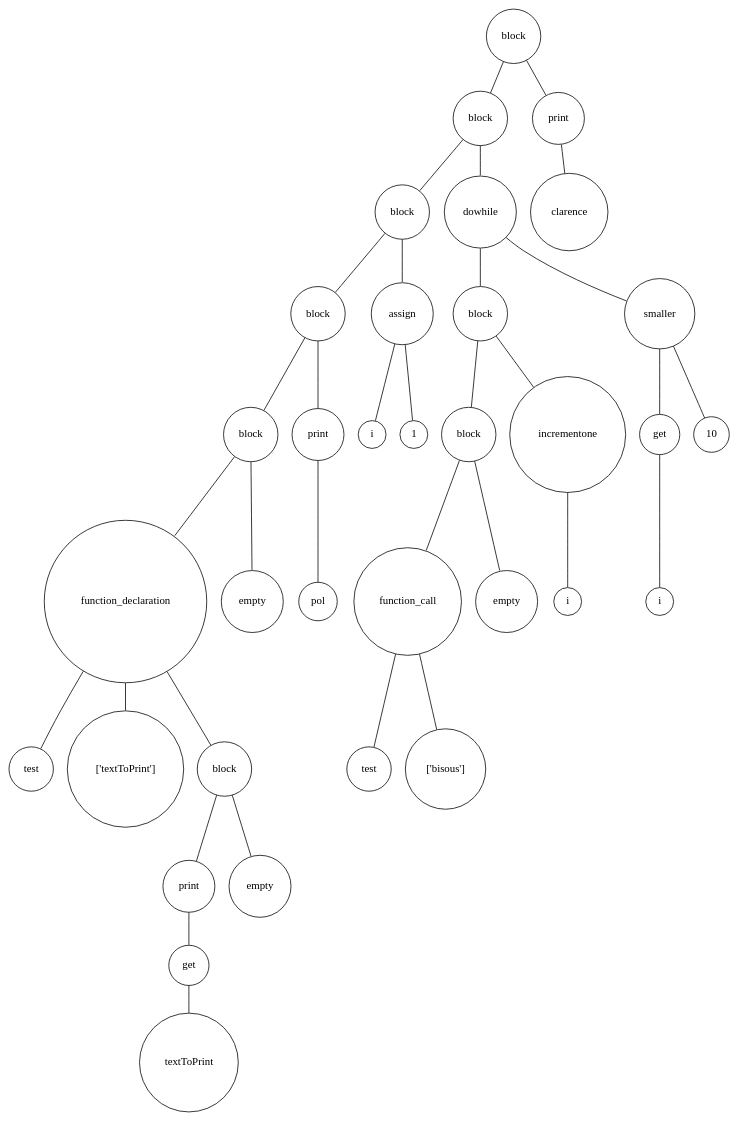
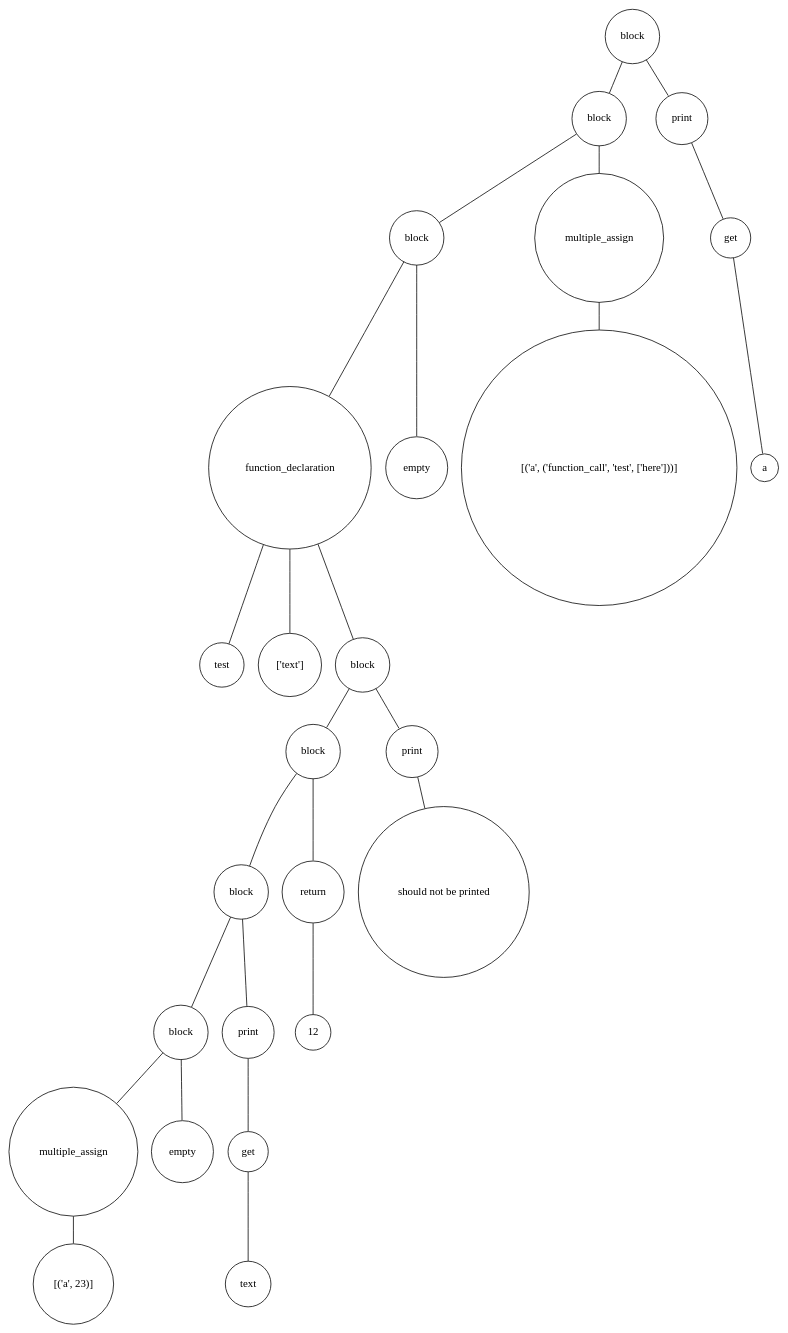
Before and after one commit to Trevodorax/ply-custom-language: the diagram in Digraph.gv, drawn with Graphviz. The commit also changed 4 other files, not shown here.

```diff
--- a/Digraph.gv
+++ b/Digraph.gv
@@ -1,70 +1,54 @@
 digraph {
 	node [shape=circle]
-	"efdc6b03-6773-40f7-8743-cb6b1fd0ed04" [label=block]
-	"104f05bc-5747-49a8-b15d-5a48b1872026" [label=block]
-	"cc54b1b7-89e6-43a9-8b56-fb2d3bcde842" [label=block]
-	"40e0f062-c305-4e56-9824-d7a1e4cb4142" [label=block]
-	"50aa76c3-4aa4-4c57-8ff4-e68279a300b1" [label=block]
-	"26af12c7-baa0-4f12-a39f-c832113c5920" [label=function_declaration]
-	"087098b9-8dd0-46c0-a39a-0bc7a0bd3f06" [label=test]
-	"26af12c7-baa0-4f12-a39f-c832113c5920" -> "087098b9-8dd0-46c0-a39a-0bc7a0bd3f06" [arrowsize=0]
-	"8bbc03c6-cf32-484b-8ee9-915312cbe374" [label="['textToPrint']"]
-	"26af12c7-baa0-4f12-a39f-c832113c5920" -> "8bbc03c6-cf32-484b-8ee9-915312cbe374" [arrowsize=0]
-	"a3e8a50a-6b57-4388-94cc-0fd66f670e4a" [label=block]
-	"b785dffe-d394-45d9-b035-483c75659690" [label=print]
-	"aed89a74-b3b5-4101-8399-a48fadb4a897" [label=get]
-	"8b1c6f87-c2bc-4447-828b-99c6cd11fc63" [label=textToPrint]
-	"aed89a74-b3b5-4101-8399-a48fadb4a897" -> "8b1c6f87-c2bc-4447-828b-99c6cd11fc63" [arrowsize=0]
-	"b785dffe-d394-45d9-b035-483c75659690" -> "aed89a74-b3b5-4101-8399-a48fadb4a897" [arrowsize=0]
-	"a3e8a50a-6b57-4388-94cc-0fd66f670e4a" -> "b785dffe-d394-45d9-b035-483c75659690" [arrowsize=0]
-	"9ca67804-3fe9-4dfa-ad62-4491644eeb63" [label=empty]
-	"a3e8a50a-6b57-4388-94cc-0fd66f670e4a" -> "9ca67804-3fe9-4dfa-ad62-4491644eeb63" [arrowsize=0]
-	"26af12c7-baa0-4f12-a39f-c832113c5920" -> "a3e8a50a-6b57-4388-94cc-0fd66f670e4a" [arrowsize=0]
-	"50aa76c3-4aa4-4c57-8ff4-e68279a300b1" -> "26af12c7-baa0-4f12-a39f-c832113c5920" [arrowsize=0]
-	"4cd3ce4c-76f7-4761-8ee7-216cc6a3fdad" [label=empty]
-	"50aa76c3-4aa4-4c57-8ff4-e68279a300b1" -> "4cd3ce4c-76f7-4761-8ee7-216cc6a3fdad" [arrowsize=0]
-	"40e0f062-c305-4e56-9824-d7a1e4cb4142" -> "50aa76c3-4aa4-4c57-8ff4-e68279a300b1" [arrowsize=0]
-	"6865c71a-094d-4e27-9cbd-f2e641803f6d" [label=print]
-	"afbe6783-1f4c-4499-98c1-46f6e2a09847" [label=pol]
-	"6865c71a-094d-4e27-9cbd-f2e641803f6d" -> "afbe6783-1f4c-4499-98c1-46f6e2a09847" [arrowsize=0]
-	"40e0f062-c305-4e56-9824-d7a1e4cb4142" -> "6865c71a-094d-4e27-9cbd-f2e641803f6d" [arrowsize=0]
-	"cc54b1b7-89e6-43a9-8b56-fb2d3bcde842" -> "40e0f062-c305-4e56-9824-d7a1e4cb4142" [arrowsize=0]
-	"414cb1cc-3475-4f5f-a01d-a11c40c2e672" [label=assign]
-	"65f6e613-f124-4991-9a17-7e0cbc59e4e8" [label=i]
-	"414cb1cc-3475-4f5f-a01d-a11c40c2e672" -> "65f6e613-f124-4991-9a17-7e0cbc59e4e8" [arrowsize=0]
-	"1b7b1980-9088-41b1-b070-3419c546c944" [label=1]
-	"414cb1cc-3475-4f5f-a01d-a11c40c2e672" -> "1b7b1980-9088-41b1-b070-3419c546c944" [arrowsize=0]
-	"cc54b1b7-89e6-43a9-8b56-fb2d3bcde842" -> "414cb1cc-3475-4f5f-a01d-a11c40c2e672" [arrowsize=0]
-	"104f05bc-5747-49a8-b15d-5a48b1872026" -> "cc54b1b7-89e6-43a9-8b56-fb2d3bcde842" [arrowsize=0]
-	"18a7ac18-003f-404f-93d0-900d28c30757" [label=dowhile]
-	"5d32583a-d955-4435-8b32-ab283e2b51ec" [label=block]
-	"4227a820-d828-48f0-a34a-f96b35e103fc" [label=block]
-	"3629cfcf-1d05-4cd7-b9a5-1131c4c6aab3" [label=function_call]
-	"3d048e1a-4ee1-419c-af2c-1449d761c0b9" [label=test]
-	"3629cfcf-1d05-4cd7-b9a5-1131c4c6aab3" -> "3d048e1a-4ee1-419c-af2c-1449d761c0b9" [arrowsize=0]
-	"72424da1-b951-4b6e-85d7-3c0b10a8c132" [label="['bisous']"]
-	"3629cfcf-1d05-4cd7-b9a5-1131c4c6aab3" -> "72424da1-b951-4b6e-85d7-3c0b10a8c132" [arrowsize=0]
-	"4227a820-d828-48f0-a34a-f96b35e103fc" -> "3629cfcf-1d05-4cd7-b9a5-1131c4c6aab3" [arrowsize=0]
-	"d2c97133-d64a-4365-95c9-7fcf0d94e886" [label=empty]
-	"4227a820-d828-48f0-a34a-f96b35e103fc" -> "d2c97133-d64a-4365-95c9-7fcf0d94e886" [arrowsize=0]
-	"5d32583a-d955-4435-8b32-ab283e2b51ec" -> "4227a820-d828-48f0-a34a-f96b35e103fc" [arrowsize=0]
-	"3eb2ecbc-4f99-473a-85e6-e67edafa7646" [label=incrementone]
-	"4a50329c-f917-49c2-b6dc-92551faf2d3b" [label=i]
-	"3eb2ecbc-4f99-473a-85e6-e67edafa7646" -> "4a50329c-f917-49c2-b6dc-92551faf2d3b" [arrowsize=0]
-	"5d32583a-d955-4435-8b32-ab283e2b51ec" -> "3eb2ecbc-4f99-473a-85e6-e67edafa7646" [arrowsize=0]
-	"18a7ac18-003f-404f-93d0-900d28c30757" -> "5d32583a-d955-4435-8b32-ab283e2b51ec" [arrowsize=0]
-	"6bc18b27-66a7-4d9f-a185-91d5efb64559" [label=smaller]
-	"0fe89dd8-9549-4c5f-866f-0a458421ffc3" [label=get]
-	"016dea22-532a-4b9b-8b39-cf2f449e446e" [label=i]
-	"0fe89dd8-9549-4c5f-866f-0a458421ffc3" -> "016dea22-532a-4b9b-8b39-cf2f449e446e" [arrowsize=0]
-	"6bc18b27-66a7-4d9f-a185-91d5efb64559" -> "0fe89dd8-9549-4c5f-866f-0a458421ffc3" [arrowsize=0]
-	"82698baf-8a1f-4302-8ef7-631616b15df1" [label=10]
-	"6bc18b27-66a7-4d9f-a185-91d5efb64559" -> "82698baf-8a1f-4302-8ef7-631616b15df1" [arrowsize=0]
-	"18a7ac18-003f-404f-93d0-900d28c30757" -> "6bc18b27-66a7-4d9f-a185-91d5efb64559" [arrowsize=0]
-	"104f05bc-5747-49a8-b15d-5a48b1872026" -> "18a7ac18-003f-404f-93d0-900d28c30757" [arrowsize=0]
-	"efdc6b03-6773-40f7-8743-cb6b1fd0ed04" -> "104f05bc-5747-49a8-b15d-5a48b1872026" [arrowsize=0]
-	"fdc3b4c8-b1d1-435c-b24a-9c5606f318be" [label=print]
-	"9f2801b2-b5a9-4e61-9565-bd049e5ce4b5" [label=clarence]
-	"fdc3b4c8-b1d1-435c-b24a-9c5606f318be" -> "9f2801b2-b5a9-4e61-9565-bd049e5ce4b5" [arrowsize=0]
-	"efdc6b03-6773-40f7-8743-cb6b1fd0ed04" -> "fdc3b4c8-b1d1-435c-b24a-9c5606f318be" [arrowsize=0]
+	"d03d9a98-cb52-4a96-96f1-f0d7de558869" [label=block]
+	"521ed716-26f2-4657-b419-fc211fdfa634" [label=block]
+	"7b5878de-b237-49b7-926b-613a67919ded" [label=block]
+	"c8ab40c0-12f5-4d46-b4e1-46c5701340db" [label=function_declaration]
+	"1f7b403e-afde-42fe-b9f2-e5b7aec21238" [label=test]
+	"c8ab40c0-12f5-4d46-b4e1-46c5701340db" -> "1f7b403e-afde-42fe-b9f2-e5b7aec21238" [arrowsize=0]
+	"3d02b145-ba42-45b5-a88b-abddfdae9893" [label="['text']"]
+	"c8ab40c0-12f5-4d46-b4e1-46c5701340db" -> "3d02b145-ba42-45b5-a88b-abddfdae9893" [arrowsize=0]
+	"439b4108-8c3c-45d5-bdd1-ce79aff00c3b" [label=block]
+	"58c726bf-d9c1-4787-b41f-b161381cef9b" [label=block]
+	"49da8d6d-506d-4bf7-bcb9-c7c9c39849fb" [label=block]
+	"0216aa26-b236-44c0-a449-ce74d6eb89da" [label=block]
+	"1683c044-5b61-4212-8da9-10ef5cadedcc" [label=multiple_assign]
+	"dbefa302-3425-4923-9aac-4c2410b52201" [label="[('a', 23)]"]
+	"1683c044-5b61-4212-8da9-10ef5cadedcc" -> "dbefa302-3425-4923-9aac-4c2410b52201" [arrowsize=0]
+	"0216aa26-b236-44c0-a449-ce74d6eb89da" -> "1683c044-5b61-4212-8da9-10ef5cadedcc" [arrowsize=0]
+	"fa2c6423-b26e-4e03-a975-68ac9395ec8a" [label=empty]
+	"0216aa26-b236-44c0-a449-ce74d6eb89da" -> "fa2c6423-b26e-4e03-a975-68ac9395ec8a" [arrowsize=0]
+	"49da8d6d-506d-4bf7-bcb9-c7c9c39849fb" -> "0216aa26-b236-44c0-a449-ce74d6eb89da" [arrowsize=0]
+	"670b697b-d854-401b-8b4f-8148b49a0b39" [label=print]
+	"3a3a8fb4-f7d6-45b0-aa1f-f1dbee2d1ea0" [label=get]
+	"2b950a85-2ea5-4cc1-8830-92285714cbdc" [label=text]
+	"3a3a8fb4-f7d6-45b0-aa1f-f1dbee2d1ea0" -> "2b950a85-2ea5-4cc1-8830-92285714cbdc" [arrowsize=0]
+	"670b697b-d854-401b-8b4f-8148b49a0b39" -> "3a3a8fb4-f7d6-45b0-aa1f-f1dbee2d1ea0" [arrowsize=0]
+	"49da8d6d-506d-4bf7-bcb9-c7c9c39849fb" -> "670b697b-d854-401b-8b4f-8148b49a0b39" [arrowsize=0]
+	"58c726bf-d9c1-4787-b41f-b161381cef9b" -> "49da8d6d-506d-4bf7-bcb9-c7c9c39849fb" [arrowsize=0]
+	"9e315552-db6d-4eac-99bb-2cb7cde8bb4f" [label=return]
+	"a1973dba-17c2-40ef-8930-2286ff2f0d91" [label=12]
+	"9e315552-db6d-4eac-99bb-2cb7cde8bb4f" -> "a1973dba-17c2-40ef-8930-2286ff2f0d91" [arrowsize=0]
+	"58c726bf-d9c1-4787-b41f-b161381cef9b" -> "9e315552-db6d-4eac-99bb-2cb7cde8bb4f" [arrowsize=0]
+	"439b4108-8c3c-45d5-bdd1-ce79aff00c3b" -> "58c726bf-d9c1-4787-b41f-b161381cef9b" [arrowsize=0]
+	"e93d418a-cf9a-4dc6-828d-43143f2022a2" [label=print]
+	"b126e640-f5eb-414d-8da3-dd9fc8862aa1" [label="should not be printed"]
+	"e93d418a-cf9a-4dc6-828d-43143f2022a2" -> "b126e640-f5eb-414d-8da3-dd9fc8862aa1" [arrowsize=0]
+	"439b4108-8c3c-45d5-bdd1-ce79aff00c3b" -> "e93d418a-cf9a-4dc6-828d-43143f2022a2" [arrowsize=0]
+	"c8ab40c0-12f5-4d46-b4e1-46c5701340db" -> "439b4108-8c3c-45d5-bdd1-ce79aff00c3b" [arrowsize=0]
+	"7b5878de-b237-49b7-926b-613a67919ded" -> "c8ab40c0-12f5-4d46-b4e1-46c5701340db" [arrowsize=0]
+	"96782628-f48e-45b4-95a6-4be5158d337f" [label=empty]
+	"7b5878de-b237-49b7-926b-613a67919ded" -> "96782628-f48e-45b4-95a6-4be5158d337f" [arrowsize=0]
+	"521ed716-26f2-4657-b419-fc211fdfa634" -> "7b5878de-b237-49b7-926b-613a67919ded" [arrowsize=0]
+	"ca4d509a-01cc-4e0e-9ad2-36f60f3491cc" [label=multiple_assign]
+	"ad063759-297b-469a-968d-a50599aa846f" [label="[('a', ('function_call', 'test', ['here']))]"]
+	"ca4d509a-01cc-4e0e-9ad2-36f60f3491cc" -> "ad063759-297b-469a-968d-a50599aa846f" [arrowsize=0]
+	"521ed716-26f2-4657-b419-fc211fdfa634" -> "ca4d509a-01cc-4e0e-9ad2-36f60f3491cc" [arrowsize=0]
+	"d03d9a98-cb52-4a96-96f1-f0d7de558869" -> "521ed716-26f2-4657-b419-fc211fdfa634" [arrowsize=0]
+	"6eee52d9-ed69-4e15-a201-82425646a92e" [label=print]
+	"953f49fc-92ac-44d0-99f7-d87ba8b462f2" [label=get]
+	"a5d1dbbf-a12b-4acd-a15b-b44251fd8bce" [label=a]
+	"953f49fc-92ac-44d0-99f7-d87ba8b462f2" -> "a5d1dbbf-a12b-4acd-a15b-b44251fd8bce" [arrowsize=0]
+	"6eee52d9-ed69-4e15-a201-82425646a92e" -> "953f49fc-92ac-44d0-99f7-d87ba8b462f2" [arrowsize=0]
+	"d03d9a98-cb52-4a96-96f1-f0d7de558869" -> "6eee52d9-ed69-4e15-a201-82425646a92e" [arrowsize=0]
 }
```
